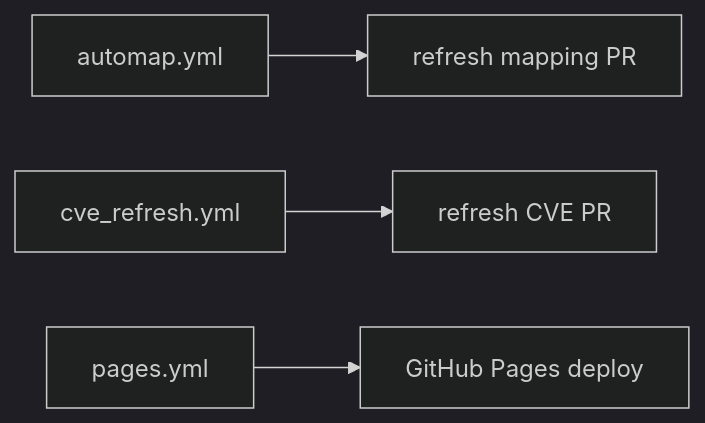
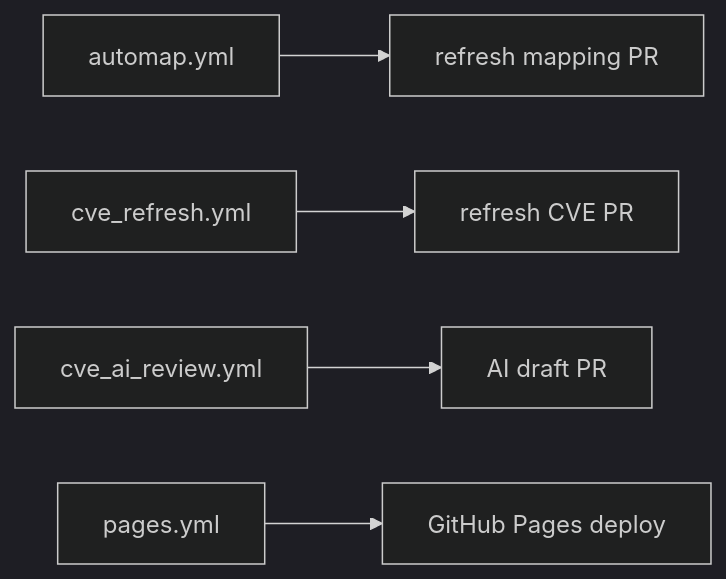
The seventh of 8 diagrams in README.md (prefix-dev/purl-associator), drawn with Mermaid (dark theme) before and after one commit. The commit also changed other lines of this file and 15 other files, not shown here.

````diff
--- a/README.md
+++ b/README.md
@@ -312,6 +344,7 @@
 ```mermaid
 flowchart LR
   Automap[automap.yml] --> AutoPR[refresh mapping PR]
   CVE[cve_refresh.yml] --> CvePR[refresh CVE PR]
+  AiCve[cve_ai_review.yml] --> AiDraftPR[AI draft PR]
   Pages[pages.yml] --> Site[GitHub Pages deploy]
 ```
````
